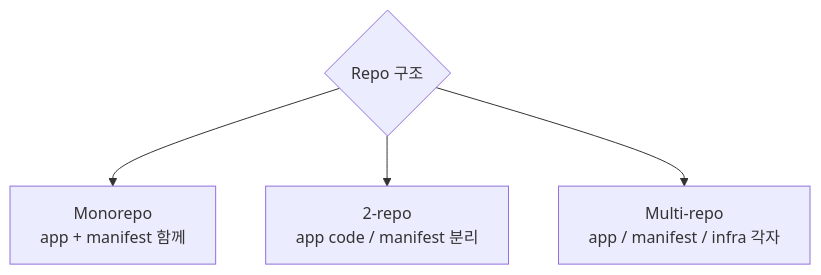
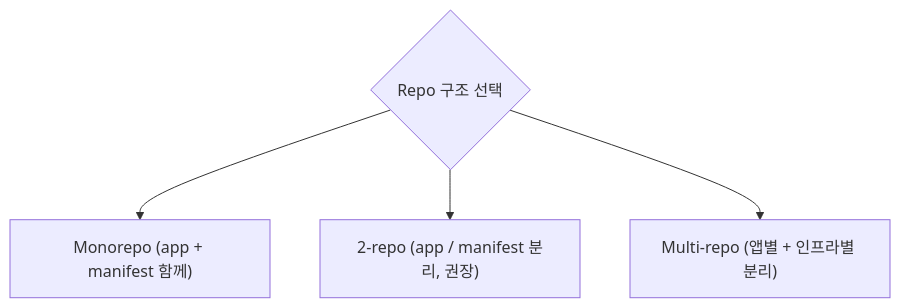
Before and after one commit to shinkeonkim/shinkeonkim.github.io: the second of 7 diagrams in src/content/wiki/devops/gitops-patterns.mdx, drawn with Mermaid. The commit also changed other lines of this file and 526 other files, not shown here.

First line of the commit message:
content(wiki): 전수조사 및 대규모 보강 (짧은 파일 0, mermaid +645)

````diff
--- a/src/content/wiki/devops/gitops-patterns.mdx
+++ b/src/content/wiki/devops/gitops-patterns.mdx
@@ -21,7 +51,7 @@
 ```mermaid
 flowchart TD
-    Q{Repo 구조}
-    Q --> Mono[Monorepo<br/>app + manifest 함께]
-    Q --> Two[2-repo<br/>app code / manifest 분리]
-    Q --> Multi[Multi-repo<br/>app / manifest / infra 각자]
+    Q{"Repo 구조 선택"}
+    Q --> Mono["Monorepo (app + manifest 함께)"]
+    Q --> Two["2-repo (app / manifest 분리, 권장)"]
+    Q --> Multi["Multi-repo (앱별 + 인프라별 분리)"]
 ```
````
